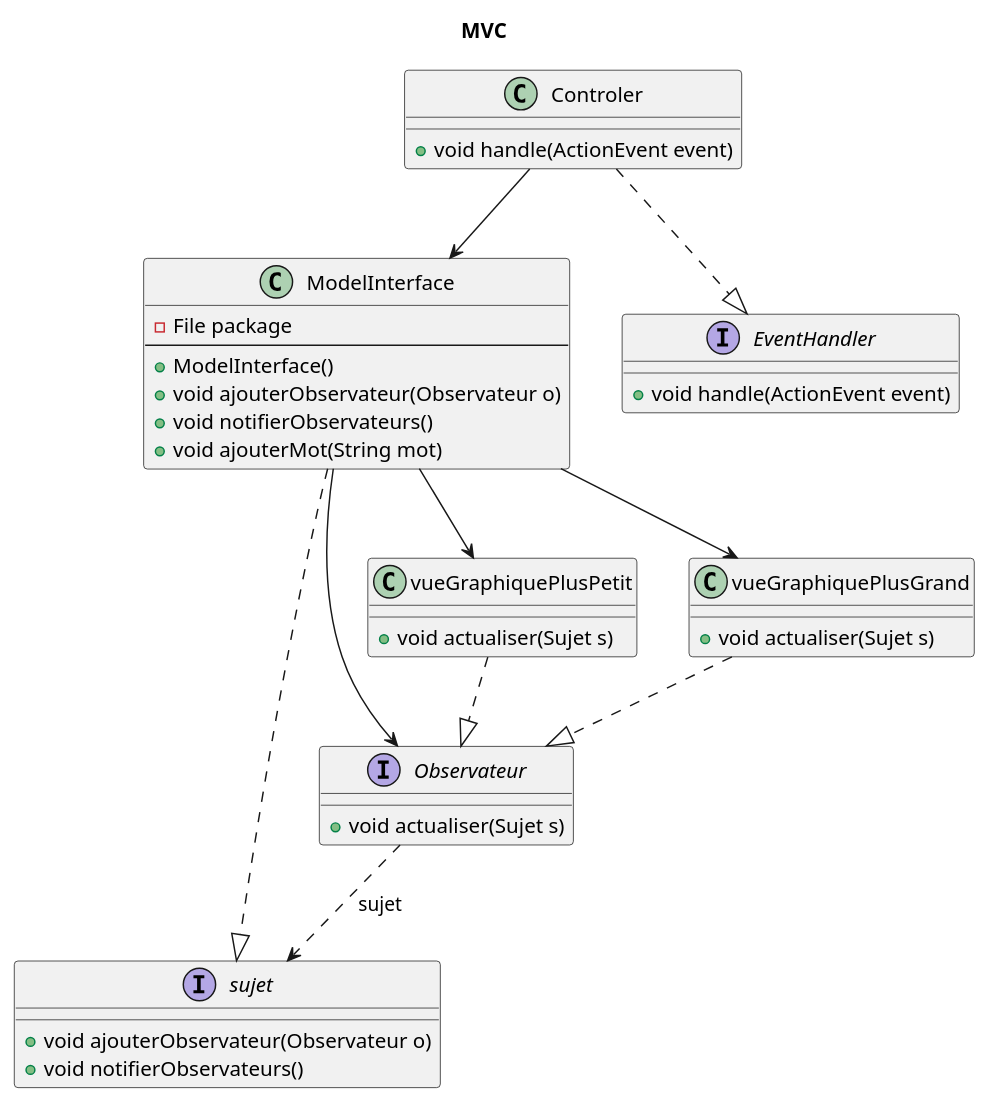
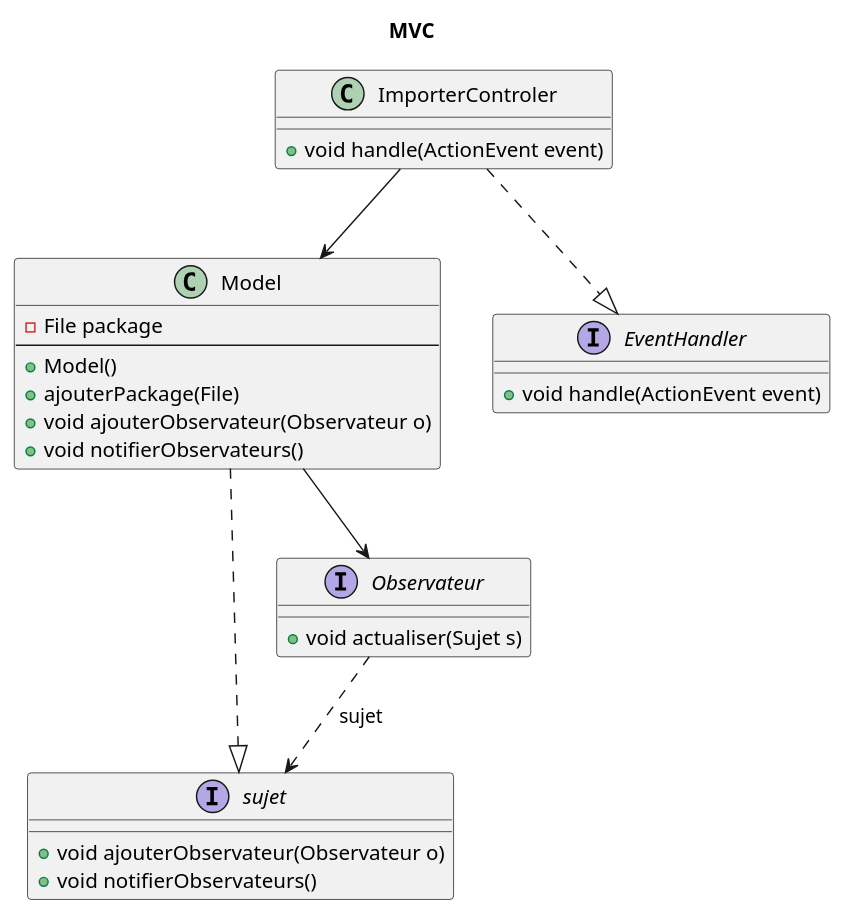
Before and after one commit to Baloo54/SAE_Diagramme2Classe: the diagram in Diagramme2Classes/puml/itération1/gabriel.puml, drawn with PlantUML. The commit also changed 2 other files, not shown here.

```diff
--- a/Diagramme2Classes/puml/itération1/gabriel.puml
+++ b/Diagramme2Classes/puml/itération1/gabriel.puml
@@ -1,42 +1,29 @@
 @startuml mvc
 title MVC
-
 interface sujet {
     + void ajouterObservateur(Observateur o)
     + void notifierObservateurs()
 }
 interface Observateur {
     + void actualiser(Sujet s)
 }
-class ModelInterface {
+class Model {
     - File package
     --
-    + ModelInterface()
+    + Model()
+    +ajouterPackage(File)
     + void ajouterObservateur(Observateur o)
     + void notifierObservateurs()
-    + void ajouterMot(String mot)
-}
-class vueGraphiquePlusPetit {
-    + void actualiser(Sujet s)
-}
-class vueGraphiquePlusGrand {
-    + void actualiser(Sujet s)
 }
 interface EventHandler {
     + void handle(ActionEvent event)
 }
-class Controler {
+class ImporterControler {
     + void handle(ActionEvent event)
 }
-
-ModelInterface ..|> sujet
-ModelInterface --> Observateur
-ModelInterface --> vueGraphiquePlusPetit
-ModelInterface --> vueGraphiquePlusGrand
-vueGraphiquePlusPetit ..|> Observateur
-vueGraphiquePlusGrand ..|> Observateur
+Model ..|> sujet
+Model --> Observateur
 Observateur ..> sujet : "sujet"
-Controler ..|> EventHandler
-Controler --> ModelInterface
-
+ImporterControler ..|> EventHandler
+ImporterControler --> Model
 @end
```
